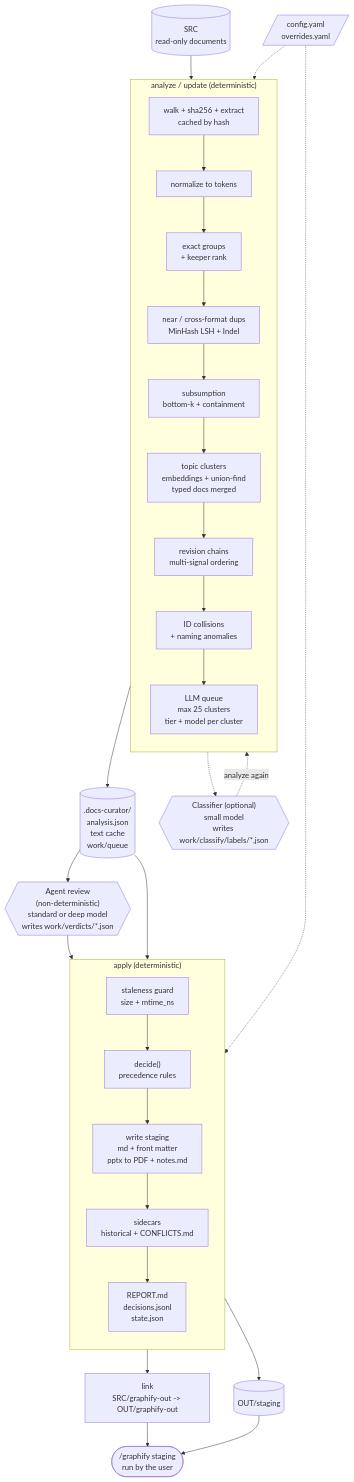
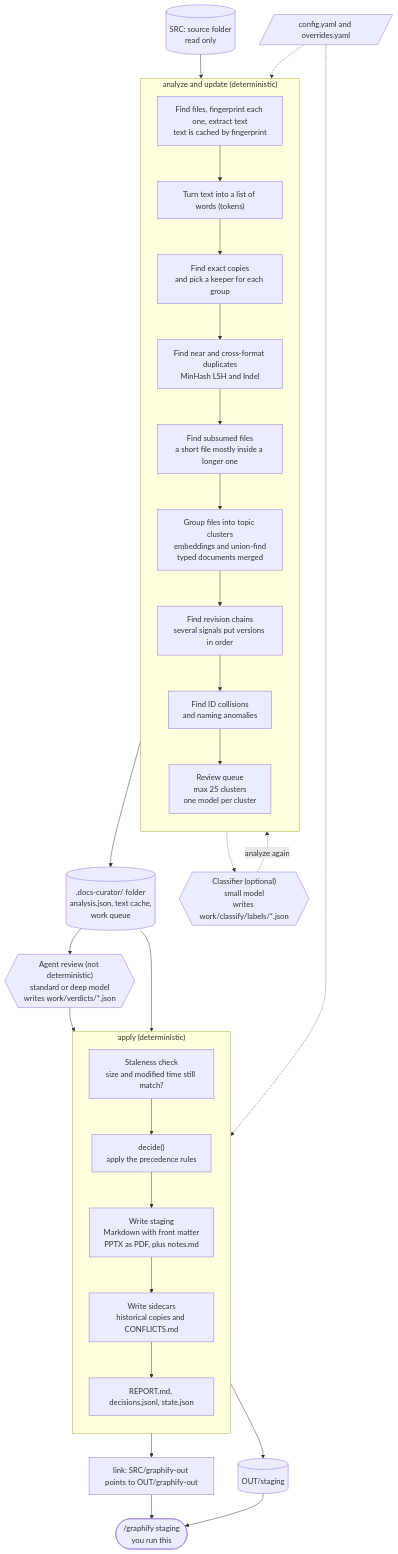
Before and after one commit to bkbatchelor/skills: the diagram in docs/docs-curator/docs/How docs-curator works.md, drawn with Mermaid. The commit also changed other lines of this file and 1 other file, not shown here.

First line of the commit message:
docs(docs-curator): Rewrite the how-it-works guide

````diff
--- a/docs/docs-curator/docs/How docs-curator works.md
+++ b/docs/docs-curator/docs/How docs-curator works.md
@@ -7,51 +18,51 @@
 ```mermaid
 flowchart TD
-    SRC[("SRC<br/>read-only documents")]
+    SRC[("SRC: source folder<br/>read only")]
 
-    subgraph A["analyze / update (deterministic)"]
+    subgraph A["analyze and update (deterministic)"]
         direction TB
-        A1[walk + sha256 + extract<br/>cached by hash]
-        A2[normalize to tokens]
-        A3[exact groups<br/>+ keeper rank]
-        A4[near / cross-format dups<br/>MinHash LSH + Indel]
-        A5[subsumption<br/>bottom-k + containment]
-        A6[topic clusters<br/>embeddings + union-find<br/>typed docs merged]
-        A7[revision chains<br/>multi-signal ordering]
-        A8[ID collisions<br/>+ naming anomalies]
-        A9[LLM queue<br/>max 25 clusters<br/>tier + model per cluster]
+        A1["Find files, fingerprint each one, extract text<br/>text is cached by fingerprint"]
+        A2["Turn text into a list of words (tokens)"]
+        A3["Find exact copies<br/>and pick a keeper for each group"]
+        A4["Find near and cross-format duplicates<br/>MinHash LSH and Indel"]
+        A5["Find subsumed files<br/>a short file mostly inside a longer one"]
+        A6["Group files into topic clusters<br/>embeddings and union-find<br/>typed documents merged"]
+        A7["Find revision chains<br/>several signals put versions in order"]
+        A8["Find ID collisions<br/>and naming anomalies"]
+        A9["Review queue<br/>max 25 clusters<br/>one model per cluster"]
         A1 --> A2 --> A3 --> A4 --> A5 --> A6 --> A7 --> A8 --> A9
     end
 
-    WORK[(".docs-curator/<br/>analysis.json<br/>text cache<br/>work/queue")]
+    WORK[(".docs-curator/ folder<br/>analysis.json, text cache,<br/>work queue")]
     CLS{{"Classifier (optional)<br/>small model<br/>writes work/classify/labels/*.json"}}
-    LLM{{"Agent review<br/>(non-deterministic)<br/>standard or deep model<br/>writes work/verdicts/*.json"}}
+    LLM{{"Agent review (not deterministic)<br/>standard or deep model<br/>writes work/verdicts/*.json"}}
 
     subgraph B["apply (deterministic)"]
         direction TB
-        B1[staleness guard<br/>size + mtime_ns]
-        B2["decide()<br/>precedence rules"]
-        B3[write staging<br/>md + front matter<br/>pptx to PDF + notes.md]
-        B4[sidecars<br/>historical + CONFLICTS.md]
-        B5[REPORT.md<br/>decisions.jsonl<br/>state.json]
+        B1["Staleness check<br/>size and modified time still match?"]
+        B2["decide()<br/>apply the precedence rules"]
+        B3["Write staging<br/>Markdown with front matter<br/>PPTX as PDF, plus notes.md"]
+        B4["Write sidecars<br/>historical copies and CONFLICTS.md"]
+        B5["REPORT.md, decisions.jsonl, state.json"]
         B1 --> B2 --> B3 --> B4 --> B5
     end
 
-    OVR[/"config.yaml<br/>overrides.yaml"/]
+    OVR[/"config.yaml and overrides.yaml"/]
     STG[("OUT/staging")]
-    LINK["link<br/>SRC/graphify-out -> OUT/graphify-out"]
-    GFY(["/graphify staging<br/>run by the user"])
+    LINK["link: SRC/graphify-out points to OUT/graphify-out"]
+    GFY(["/graphify staging<br/>you run this"])
 
     SRC --> A1
     A1 -.-> CLS
     CLS -.->|"analyze again"| A6
     A9 --> WORK
     WORK --> LLM
     LLM --> B1
     WORK --> B1
     OVR -.-> A
     OVR -.-> B2
     B3 --> STG
     B5 --> LINK
     LINK --> GFY
     STG --> GFY
 ```
````
